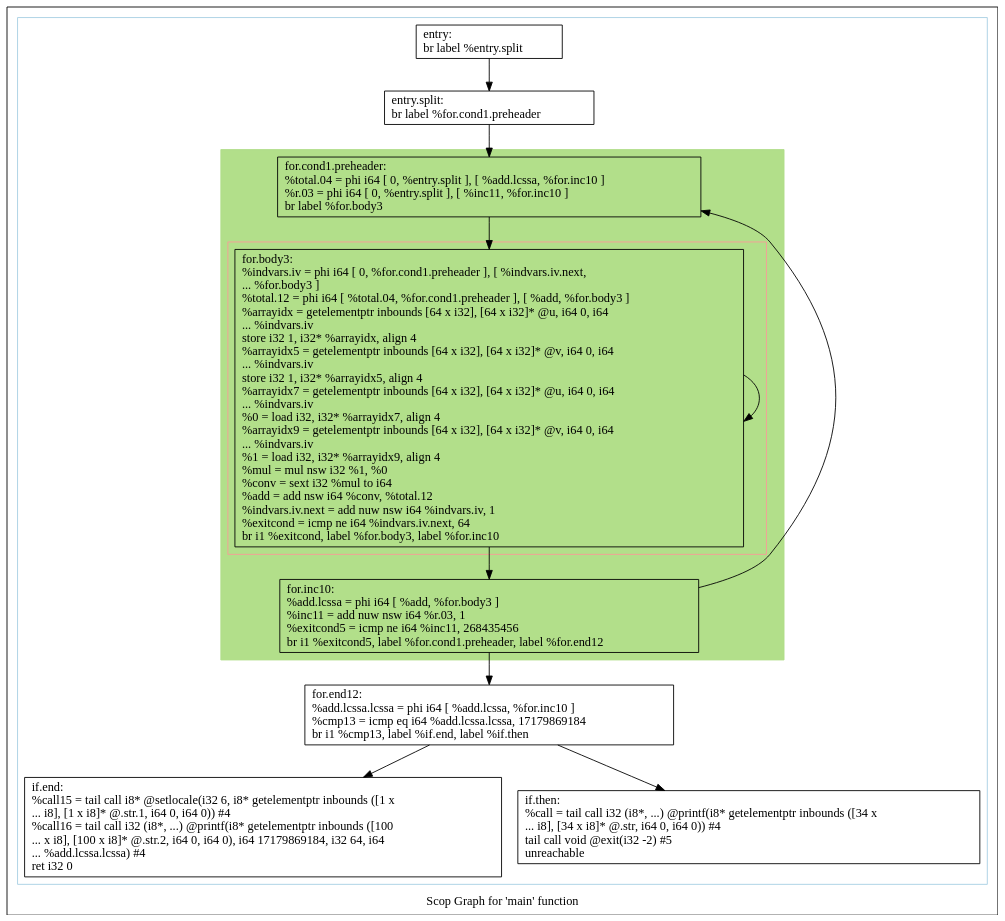
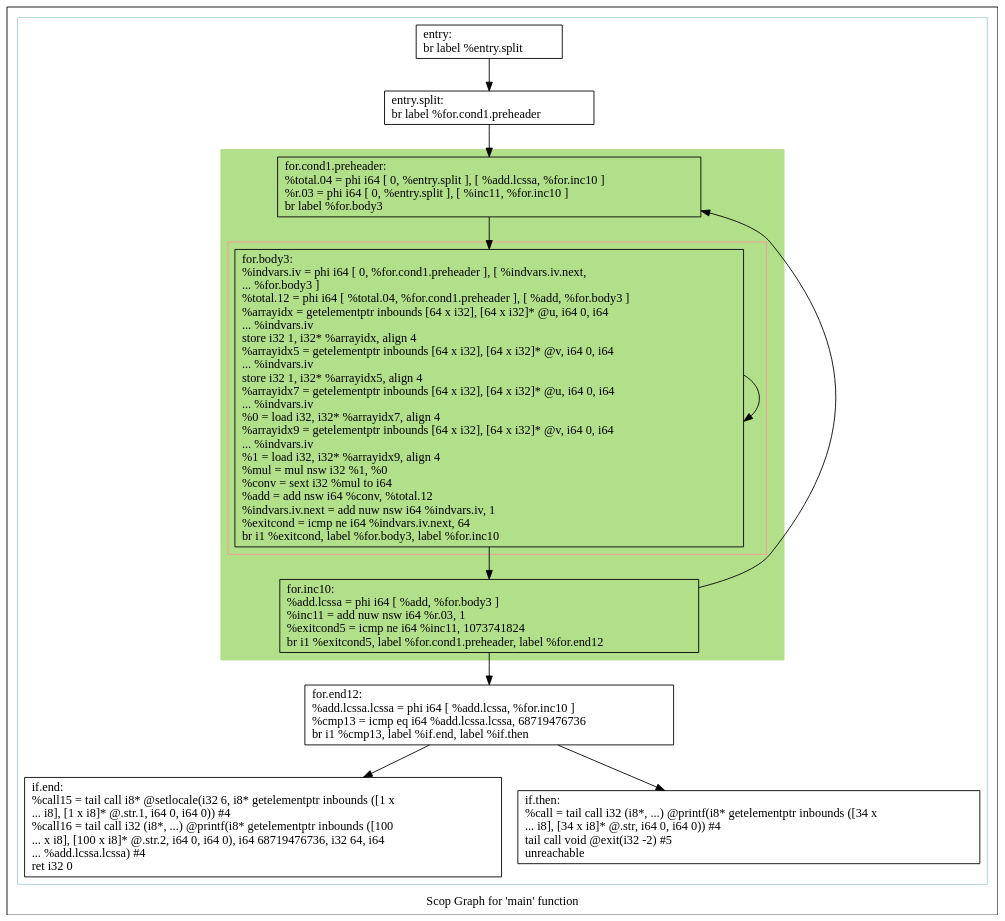
Before and after one commit to samminweng/WhileyOpenCL: the diagram in polly/VectorMult/impl/handwritten/dot/scops.main.dot, drawn with Graphviz. The commit also changed 19 other files, not shown here.

```diff
--- a/polly/VectorMult/impl/handwritten/dot/scops.main.dot
+++ b/polly/VectorMult/impl/handwritten/dot/scops.main.dot
@@ -1,44 +1,44 @@
 digraph "Scop Graph for 'main' function" {
 	label="Scop Graph for 'main' function";
 
-	Node0x4fd71d0 [shape=record,label="{entry:\l  br label %entry.split\l}"];
-	Node0x4fd71d0 -> Node0x4fd76d0;
-	Node0x4fd76d0 [shape=record,label="{entry.split:                                      \l  br label %for.cond1.preheader\l}"];
-	Node0x4fd76d0 -> Node0x4fd8820;
-	Node0x4fd8820 [shape=record,label="{for.cond1.preheader:                              \l  %total.04 = phi i64 [ 0, %entry.split ], [ %add.lcssa, %for.inc10 ]\l  %r.03 = phi i64 [ 0, %entry.split ], [ %inc11, %for.inc10 ]\l  br label %for.body3\l}"];
-	Node0x4fd8820 -> Node0x4fd7650;
-	Node0x4fd7650 [shape=record,label="{for.body3:                                        \l  %indvars.iv = phi i64 [ 0, %for.cond1.preheader ], [ %indvars.iv.next,\l... %for.body3 ]\l  %total.12 = phi i64 [ %total.04, %for.cond1.preheader ], [ %add, %for.body3 ]\l  %arrayidx = getelementptr inbounds [64 x i32], [64 x i32]* @u, i64 0, i64\l... %indvars.iv\l  store i32 1, i32* %arrayidx, align 4\l  %arrayidx5 = getelementptr inbounds [64 x i32], [64 x i32]* @v, i64 0, i64\l... %indvars.iv\l  store i32 1, i32* %arrayidx5, align 4\l  %arrayidx7 = getelementptr inbounds [64 x i32], [64 x i32]* @u, i64 0, i64\l... %indvars.iv\l  %0 = load i32, i32* %arrayidx7, align 4\l  %arrayidx9 = getelementptr inbounds [64 x i32], [64 x i32]* @v, i64 0, i64\l... %indvars.iv\l  %1 = load i32, i32* %arrayidx9, align 4\l  %mul = mul nsw i32 %1, %0\l  %conv = sext i32 %mul to i64\l  %add = add nsw i64 %conv, %total.12\l  %indvars.iv.next = add nuw nsw i64 %indvars.iv, 1\l  %exitcond = icmp ne i64 %indvars.iv.next, 64\l  br i1 %exitcond, label %for.body3, label %for.inc10\l}"];
-	Node0x4fd7650 -> Node0x4fd7650[constraint=false];
-	Node0x4fd7650 -> Node0x4fd88d0;
-	Node0x4fd88d0 [shape=record,label="{for.inc10:                                        \l  %add.lcssa = phi i64 [ %add, %for.body3 ]\l  %inc11 = add nuw nsw i64 %r.03, 1\l  %exitcond5 = icmp ne i64 %inc11, 268435456\l  br i1 %exitcond5, label %for.cond1.preheader, label %for.end12\l}"];
-	Node0x4fd88d0 -> Node0x4fd8820[constraint=false];
-	Node0x4fd88d0 -> Node0x4fd9c50;
-	Node0x4fd9c50 [shape=record,label="{for.end12:                                        \l  %add.lcssa.lcssa = phi i64 [ %add.lcssa, %for.inc10 ]\l  %cmp13 = icmp eq i64 %add.lcssa.lcssa, 17179869184\l  br i1 %cmp13, label %if.end, label %if.then\l}"];
-	Node0x4fd9c50 -> Node0x4fd9c70;
-	Node0x4fd9c50 -> Node0x4fd9df0;
-	Node0x4fd9c70 [shape=record,label="{if.end:                                           \l  %call15 = tail call i8* @setlocale(i32 6, i8* getelementptr inbounds ([1 x\l... i8], [1 x i8]* @.str.1, i64 0, i64 0)) #4\l  %call16 = tail call i32 (i8*, ...) @printf(i8* getelementptr inbounds ([100\l... x i8], [100 x i8]* @.str.2, i64 0, i64 0), i64 17179869184, i32 64, i64\l... %add.lcssa.lcssa) #4\l  ret i32 0\l}"];
-	Node0x4fd9df0 [shape=record,label="{if.then:                                          \l  %call = tail call i32 (i8*, ...) @printf(i8* getelementptr inbounds ([34 x\l... i8], [34 x i8]* @.str, i64 0, i64 0)) #4\l  tail call void @exit(i32 -2) #5\l  unreachable\l}"];
+	Node0x5003340 [shape=record,label="{entry:\l  br label %entry.split\l}"];
+	Node0x5003340 -> Node0x5001710;
+	Node0x5001710 [shape=record,label="{entry.split:                                      \l  br label %for.cond1.preheader\l}"];
+	Node0x5001710 -> Node0x50016a0;
+	Node0x50016a0 [shape=record,label="{for.cond1.preheader:                              \l  %total.04 = phi i64 [ 0, %entry.split ], [ %add.lcssa, %for.inc10 ]\l  %r.03 = phi i64 [ 0, %entry.split ], [ %inc11, %for.inc10 ]\l  br label %for.body3\l}"];
+	Node0x50016a0 -> Node0x5004bf0;
+	Node0x5004bf0 [shape=record,label="{for.body3:                                        \l  %indvars.iv = phi i64 [ 0, %for.cond1.preheader ], [ %indvars.iv.next,\l... %for.body3 ]\l  %total.12 = phi i64 [ %total.04, %for.cond1.preheader ], [ %add, %for.body3 ]\l  %arrayidx = getelementptr inbounds [64 x i32], [64 x i32]* @u, i64 0, i64\l... %indvars.iv\l  store i32 1, i32* %arrayidx, align 4\l  %arrayidx5 = getelementptr inbounds [64 x i32], [64 x i32]* @v, i64 0, i64\l... %indvars.iv\l  store i32 1, i32* %arrayidx5, align 4\l  %arrayidx7 = getelementptr inbounds [64 x i32], [64 x i32]* @u, i64 0, i64\l... %indvars.iv\l  %0 = load i32, i32* %arrayidx7, align 4\l  %arrayidx9 = getelementptr inbounds [64 x i32], [64 x i32]* @v, i64 0, i64\l... %indvars.iv\l  %1 = load i32, i32* %arrayidx9, align 4\l  %mul = mul nsw i32 %1, %0\l  %conv = sext i32 %mul to i64\l  %add = add nsw i64 %conv, %total.12\l  %indvars.iv.next = add nuw nsw i64 %indvars.iv, 1\l  %exitcond = icmp ne i64 %indvars.iv.next, 64\l  br i1 %exitcond, label %for.body3, label %for.inc10\l}"];
+	Node0x5004bf0 -> Node0x5004bf0[constraint=false];
+	Node0x5004bf0 -> Node0x5006cb0;
+	Node0x5006cb0 [shape=record,label="{for.inc10:                                        \l  %add.lcssa = phi i64 [ %add, %for.body3 ]\l  %inc11 = add nuw nsw i64 %r.03, 1\l  %exitcond5 = icmp ne i64 %inc11, 1073741824\l  br i1 %exitcond5, label %for.cond1.preheader, label %for.end12\l}"];
+	Node0x5006cb0 -> Node0x50016a0[constraint=false];
+	Node0x5006cb0 -> Node0x5006cd0;
+	Node0x5006cd0 [shape=record,label="{for.end12:                                        \l  %add.lcssa.lcssa = phi i64 [ %add.lcssa, %for.inc10 ]\l  %cmp13 = icmp eq i64 %add.lcssa.lcssa, 68719476736\l  br i1 %cmp13, label %if.end, label %if.then\l}"];
+	Node0x5006cd0 -> Node0x5006db0;
+	Node0x5006cd0 -> Node0x5006dd0;
+	Node0x5006db0 [shape=record,label="{if.end:                                           \l  %call15 = tail call i8* @setlocale(i32 6, i8* getelementptr inbounds ([1 x\l... i8], [1 x i8]* @.str.1, i64 0, i64 0)) #4\l  %call16 = tail call i32 (i8*, ...) @printf(i8* getelementptr inbounds ([100\l... x i8], [100 x i8]* @.str.2, i64 0, i64 0), i64 68719476736, i32 64, i64\l... %add.lcssa.lcssa) #4\l  ret i32 0\l}"];
+	Node0x5006dd0 [shape=record,label="{if.then:                                          \l  %call = tail call i32 (i8*, ...) @printf(i8* getelementptr inbounds ([34 x\l... i8], [34 x i8]* @.str, i64 0, i64 0)) #4\l  tail call void @exit(i32 -2) #5\l  unreachable\l}"];
 	colorscheme = "paired12"
-        subgraph cluster_0x4fc8b20 {
+        subgraph cluster_0x4ff6420 {
           label = "";
           style = solid;
           color = 1
-          subgraph cluster_0x4fc9720 {
+          subgraph cluster_0x4ff6660 {
             label = "";
             style = filled;
-            color = 3            subgraph cluster_0x4fc8e80 {
+            color = 3            subgraph cluster_0x4ff67f0 {
               label = "";
               style = solid;
               color = 5
-              Node0x4fd7650;
+              Node0x5004bf0;
             }
-            Node0x4fd8820;
-            Node0x4fd88d0;
+            Node0x50016a0;
+            Node0x5006cb0;
           }
-          Node0x4fd71d0;
-          Node0x4fd76d0;
-          Node0x4fd9c50;
-          Node0x4fd9c70;
-          Node0x4fd9df0;
+          Node0x5003340;
+          Node0x5001710;
+          Node0x5006cd0;
+          Node0x5006db0;
+          Node0x5006dd0;
         }
 }
```
